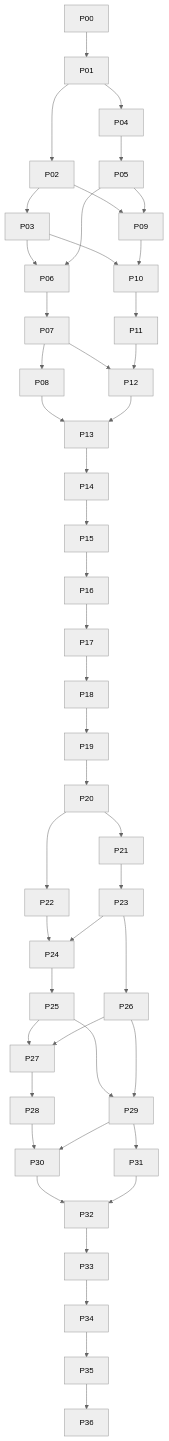
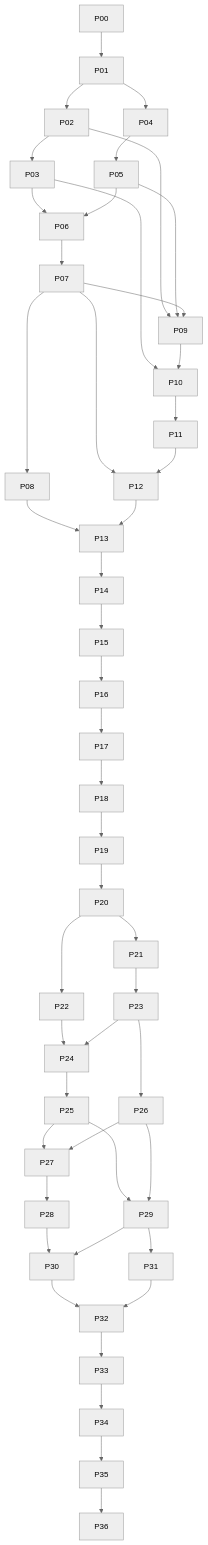
One commit to SergioAndreev/uo3 changed the diagram in docs/ROADMAP.md. Above: the diagram before and after it, drawn with Mermaid (neutral theme). The commit also changed other lines of this file and 8 other files, not shown here.

````diff
--- a/docs/ROADMAP.md
+++ b/docs/ROADMAP.md
@@ -26,49 +26,50 @@
 ```mermaid
 flowchart TD
   P00 --> P01
   P01 --> P02
   P02 --> P03
   P01 --> P04
   P04 --> P05
   P03 --> P06
   P05 --> P06
   P06 --> P07
   P07 --> P08
   P02 --> P09
   P05 --> P09
+  P07 --> P09
   P03 --> P10
   P09 --> P10
   P10 --> P11
   P07 --> P12
   P11 --> P12
   P08 --> P13
   P12 --> P13
   P13 --> P14
   P14 --> P15
   P15 --> P16
   P16 --> P17
   P17 --> P18
   P18 --> P19
   P19 --> P20
   P20 --> P21
   P20 --> P22
   P21 --> P23
   P22 --> P24
   P23 --> P24
   P24 --> P25
   P23 --> P26
   P25 --> P27
   P26 --> P27
   P27 --> P28
   P25 --> P29
   P26 --> P29
   P28 --> P30
   P29 --> P30
   P29 --> P31
   P30 --> P32
   P31 --> P32
   P32 --> P33
   P33 --> P34
   P34 --> P35
   P35 --> P36
 ```
````
